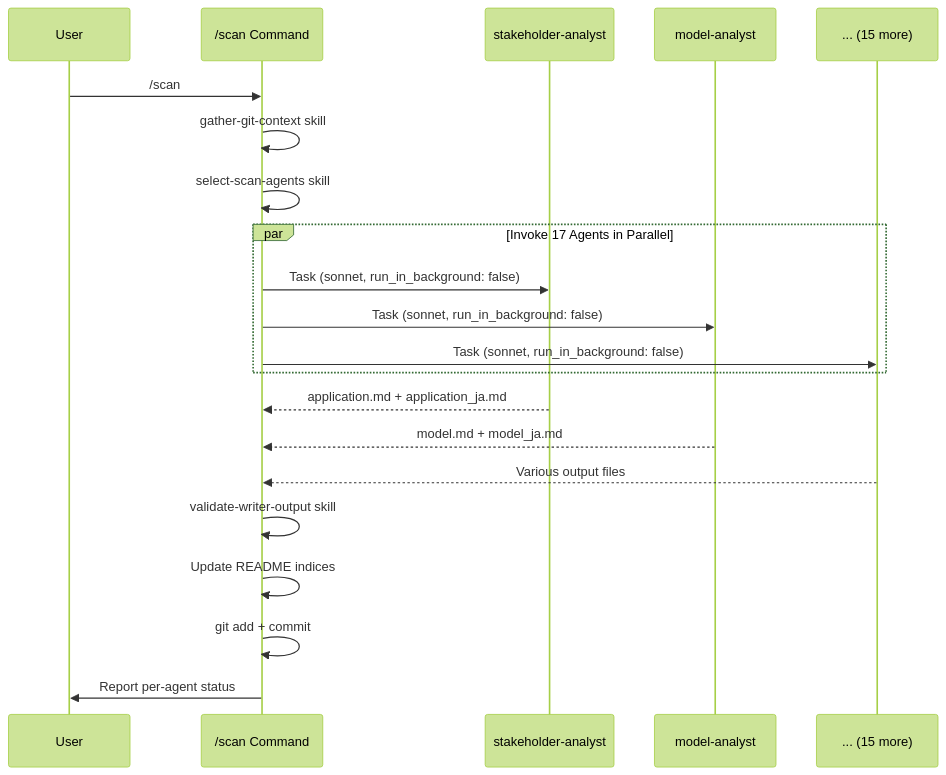
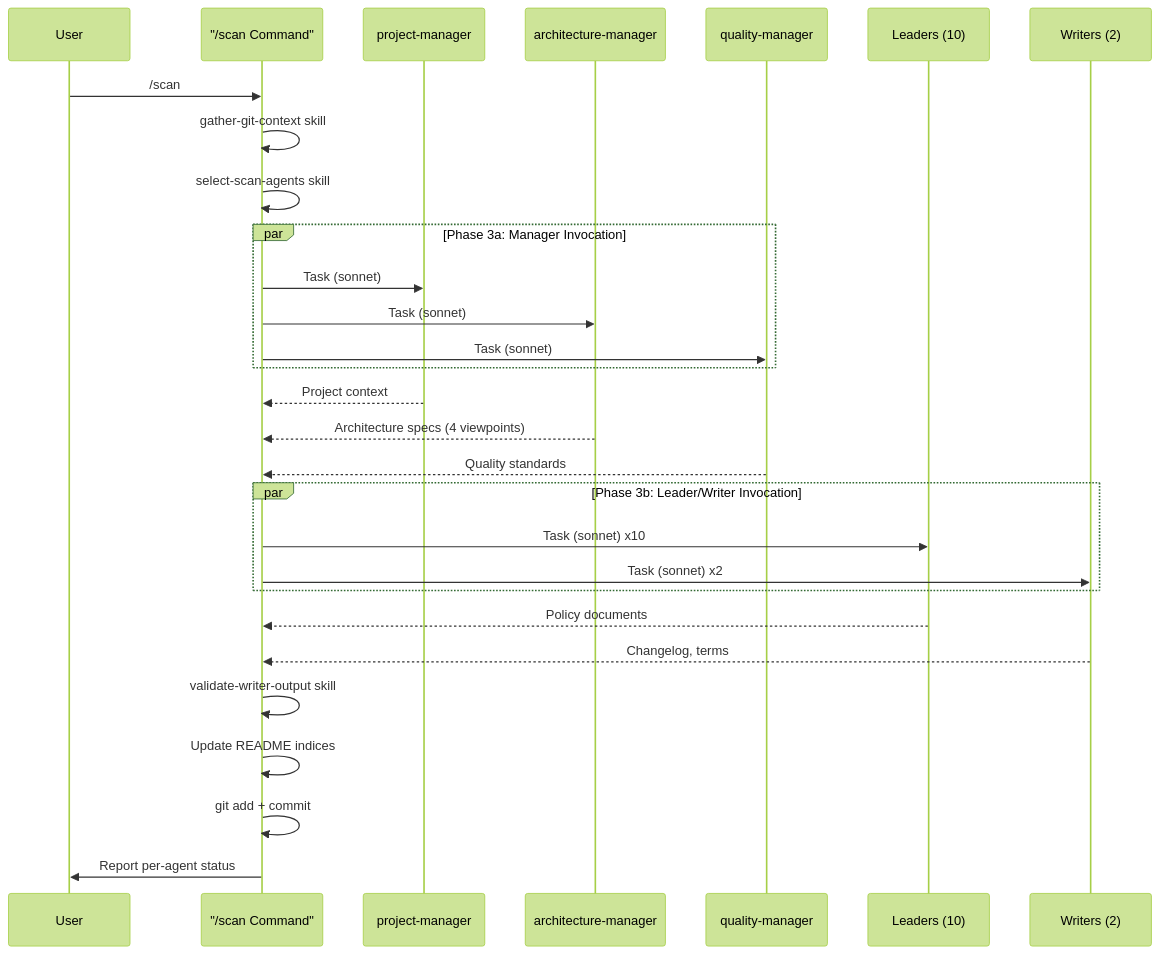
The third of 9 diagrams in .workaholic/specs/application.md (qmu/workaholic), drawn with Mermaid (forest theme) before and after one commit. The commit also changed other lines of this file and 36 other files, not shown here.

````diff
--- a/.workaholic/specs/application.md
+++ b/.workaholic/specs/application.md
@@ -91,27 +97,37 @@
 ```mermaid
 sequenceDiagram
     participant User
-    participant scan as /scan Command
-    participant Agent1 as stakeholder-analyst
-    participant Agent2 as model-analyst
-    participant AgentN as ... (15 more)
+    participant scan as "/scan Command"
+    participant PM as project-manager
+    participant AM as architecture-manager
+    participant QM as quality-manager
+    participant Leaders as Leaders (10)
+    participant Writers as Writers (2)
 
     User->>scan: /scan
     scan->>scan: gather-git-context skill
     scan->>scan: select-scan-agents skill
 
-    par Invoke 17 Agents in Parallel
-        scan->>Agent1: Task (sonnet, run_in_background: false)
-        scan->>Agent2: Task (sonnet, run_in_background: false)
-        scan->>AgentN: Task (sonnet, run_in_background: false)
+    par Phase 3a: Manager Invocation
+        scan->>PM: Task (sonnet)
+        scan->>AM: Task (sonnet)
+        scan->>QM: Task (sonnet)
     end
 
-    Agent1-->>scan: application.md + application_ja.md
-    Agent2-->>scan: model.md + model_ja.md
-    AgentN-->>scan: Various output files
+    PM-->>scan: Project context
+    AM-->>scan: Architecture specs (4 viewpoints)
+    QM-->>scan: Quality standards
+
+    par Phase 3b: Leader/Writer Invocation
+        scan->>Leaders: Task (sonnet) x10
+        scan->>Writers: Task (sonnet) x2
+    end
+
+    Leaders-->>scan: Policy documents
+    Writers-->>scan: Changelog, terms
 
     scan->>scan: validate-writer-output skill
     scan->>scan: Update README indices
     scan->>scan: git add + commit
     scan->>User: Report per-agent status
 ```
````
